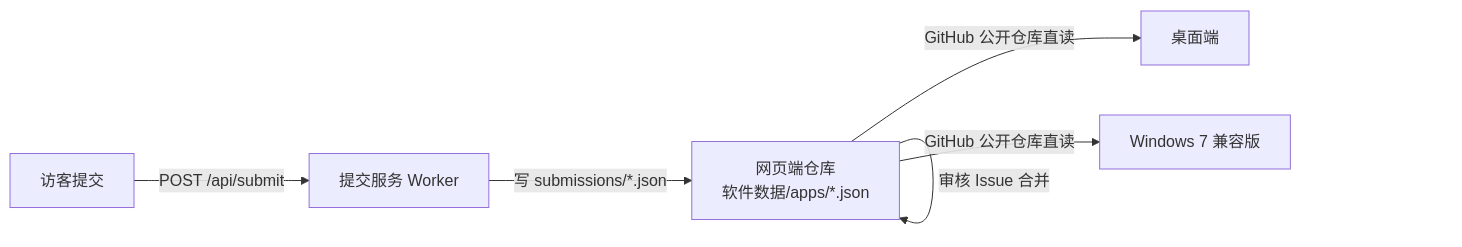
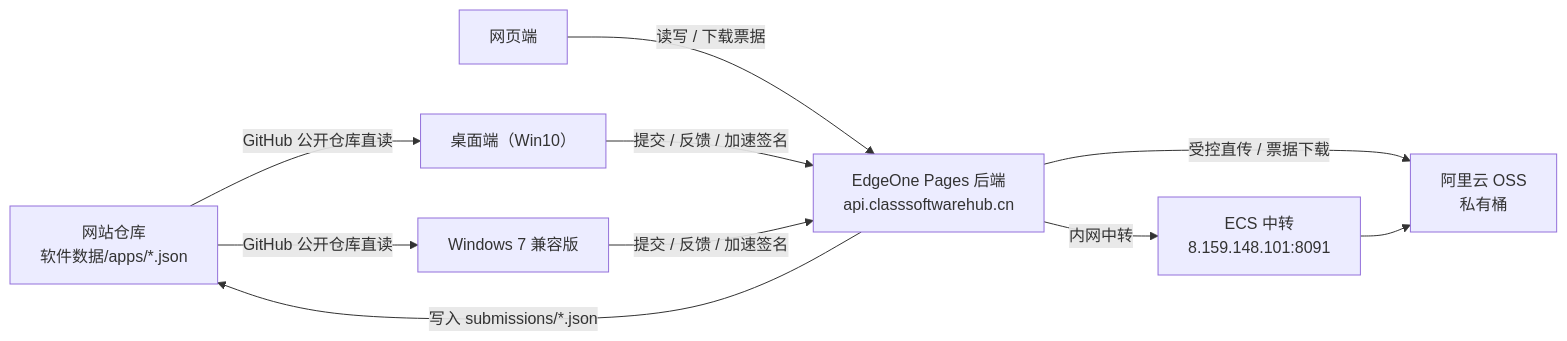
Before and after one commit to c1201y/classsoftwarehub-docs: the diagram in docs/doc/overview.md, drawn with Mermaid. The commit also changed other lines of this file and 37 other files, not shown here.

First line of the commit message:
docs: 补齐 Windows 10 桌面端文档并同步 EdgeOne 后端

````diff
--- a/docs/doc/overview.md
+++ b/docs/doc/overview.md
@@ -55,8 +57,12 @@
 ```mermaid
 graph LR
-    A["网页端仓库<br/>软件数据/apps/*.json"] -->|"GitHub 公开仓库直读"| B["桌面端"]
+    A["网站仓库<br/>软件数据/apps/*.json"] -->|"GitHub 公开仓库直读"| B["桌面端（Win10）"]
     A -->|"GitHub 公开仓库直读"| C["Windows 7 兼容版"]
-    D["访客提交"] -->|"POST /api/submit"| E["提交服务 Worker"]
-    E -->|"写 submissions/*.json"| A
-    A -->|"审核 Issue 合并"| A
+    W["网页端"] -->|"读写 / 下载票据"| API["EdgeOne Pages 后端<br/>api.classsoftwarehub.cn"]
+    B -->|"提交 / 反馈 / 加速签名"| API
+    C -->|"提交 / 反馈 / 加速签名"| API
+    API -->|"写入 submissions/*.json"| A
+    API -->|"受控直传 / 票据下载"| OSS["阿里云 OSS<br/>私有桶"]
+    API -->|"内网中转"| ECS["ECS 中转<br/>8.159.148.101:8091"]
+    ECS --> OSS
 ```
````
